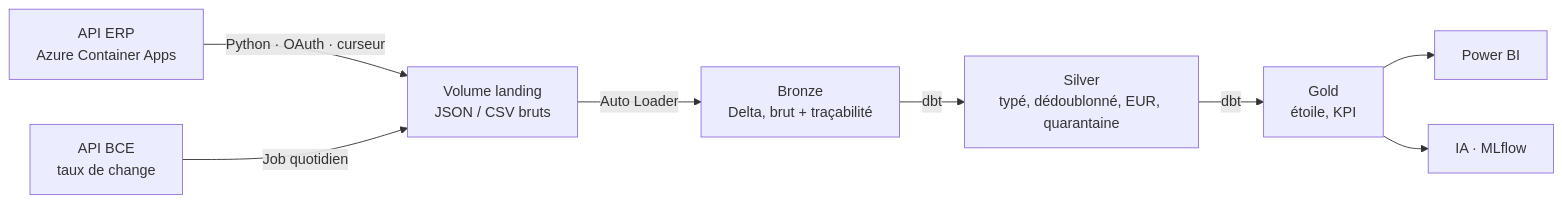
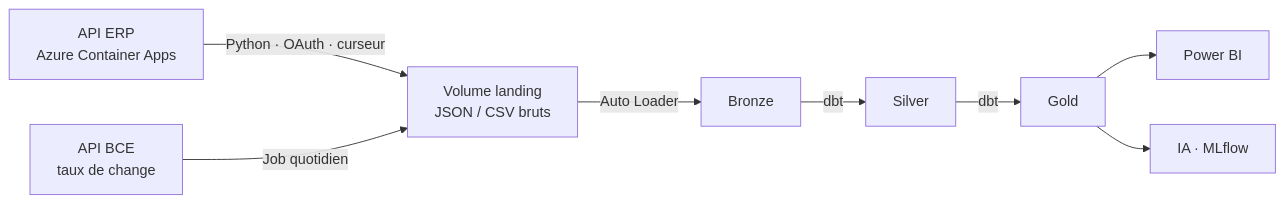
The diagram in README.md (Randriatahina-concept/agrimeca-supplychain-de), drawn with Mermaid before and after one commit. The commit also changed other lines of this file, not shown here.

````diff
--- a/README.md
+++ b/README.md
@@ -17,10 +47,10 @@
 ```mermaid
 flowchart LR
     ERP["API ERP<br/>Azure Container Apps"] -->|Python · OAuth · curseur| VOL["Volume landing<br/>JSON / CSV bruts"]
     BCE["API BCE<br/>taux de change"] -->|Job quotidien| VOL
-    VOL -->|Auto Loader| BR["Bronze<br/>Delta, brut + traçabilité"]
-    BR -->|dbt| SV["Silver<br/>typé, dédoublonné, EUR, quarantaine"]
-    SV -->|dbt| GD["Gold<br/>étoile, KPI"]
+    VOL -->|Auto Loader| BR["Bronze"]
+    BR -->|dbt| SV["Silver"]
+    SV -->|dbt| GD["Gold"]
     GD --> PBI["Power BI"]
     GD --> IA["IA · MLflow"]
 ```
````
